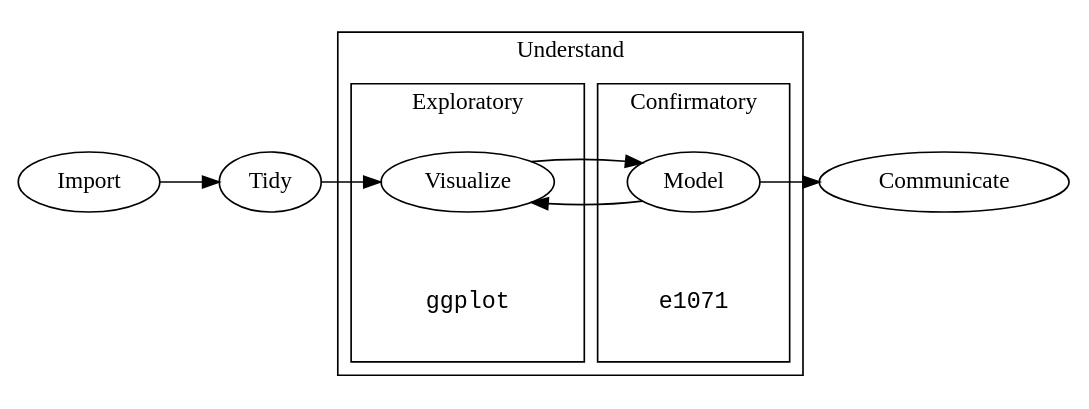
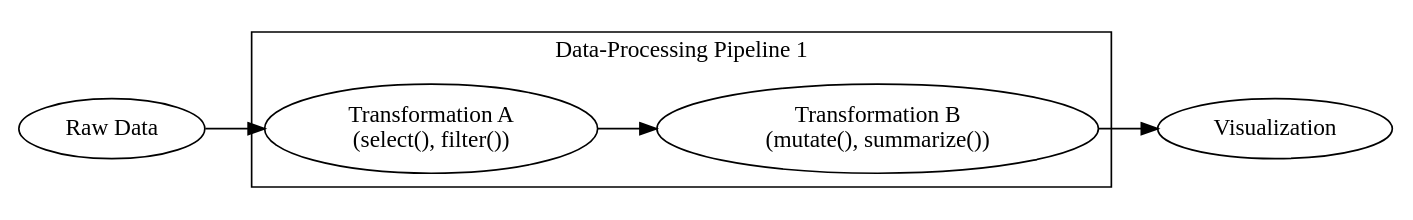
The first of 3 diagrams in w06/index.qmd (jpowerj/2023-fall-dsan500), drawn with Graphviz before and after one commit. The commit also changed other lines of this file and 137 other files, not shown here.

````diff
--- a/w06/index.qmd
+++ b/w06/index.qmd
@@ -61,33 +149,17 @@
 ```{dot}
+//| fig-height: 1.5
+//| echo: false
 digraph G {
   rankdir=LR;
-  nodedir=LR;
-  nodesep=0.5;
-  ranksep=0.5;
-  overlap=false;
-  forcelabels=true;
-  Import -> Tidy;
-	
-  subgraph cluster_2 {
-    label = "Understand";
-    subgraph cluster_0 {
-      label = "Exploratory";
-      margin = 18;
-      labeljust="center";
-      V[label="Visualize"];
-      gg[label="ggplot",fontname="Courier New",penwidth=0]
-    }
-    subgraph cluster_1 {
-      Model;
-      label = "Confirmatory";
-      margin = 18;
-      e10[label="e1071",penwidth=0,fontname="Courier New"]
-    }
+  node[label="Raw Data"] raw;
+  subgraph cluster_00 {
+    label="Data-Processing Pipeline 1"
+    node[label="Transformation A\n(select(), filter())"] tr1;
+    node[label="Transformation B\n(mutate(), summarize())"] tr2;
+    tr1 -> tr2;
   }
-  
-  Tidy -> V;
-  V -> Model;
-  Model -> V;
-  Model -> Communicate;
+  raw -> tr1;
+  node [label="Visualization"] viz;
+  tr2 -> viz;
 }
 ```
````
